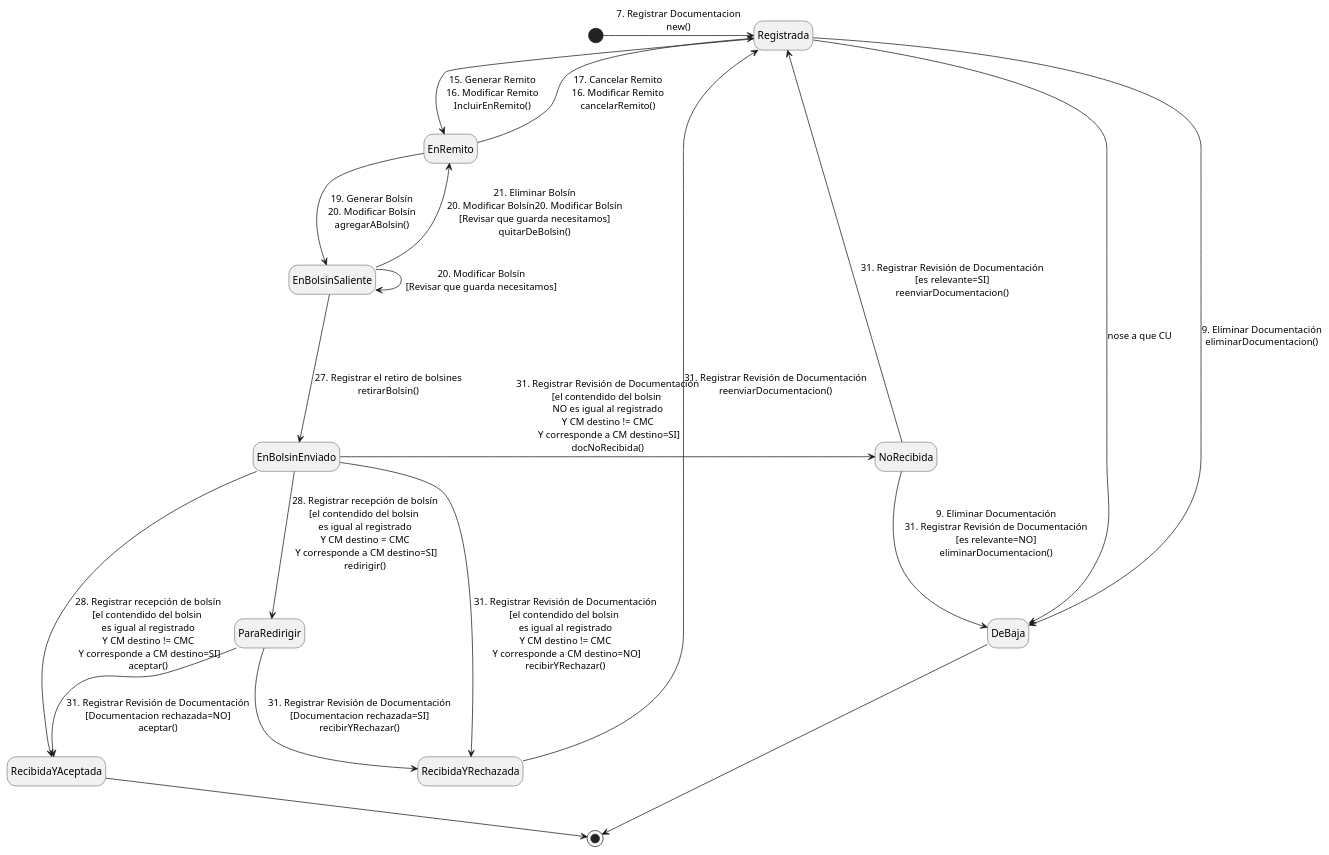
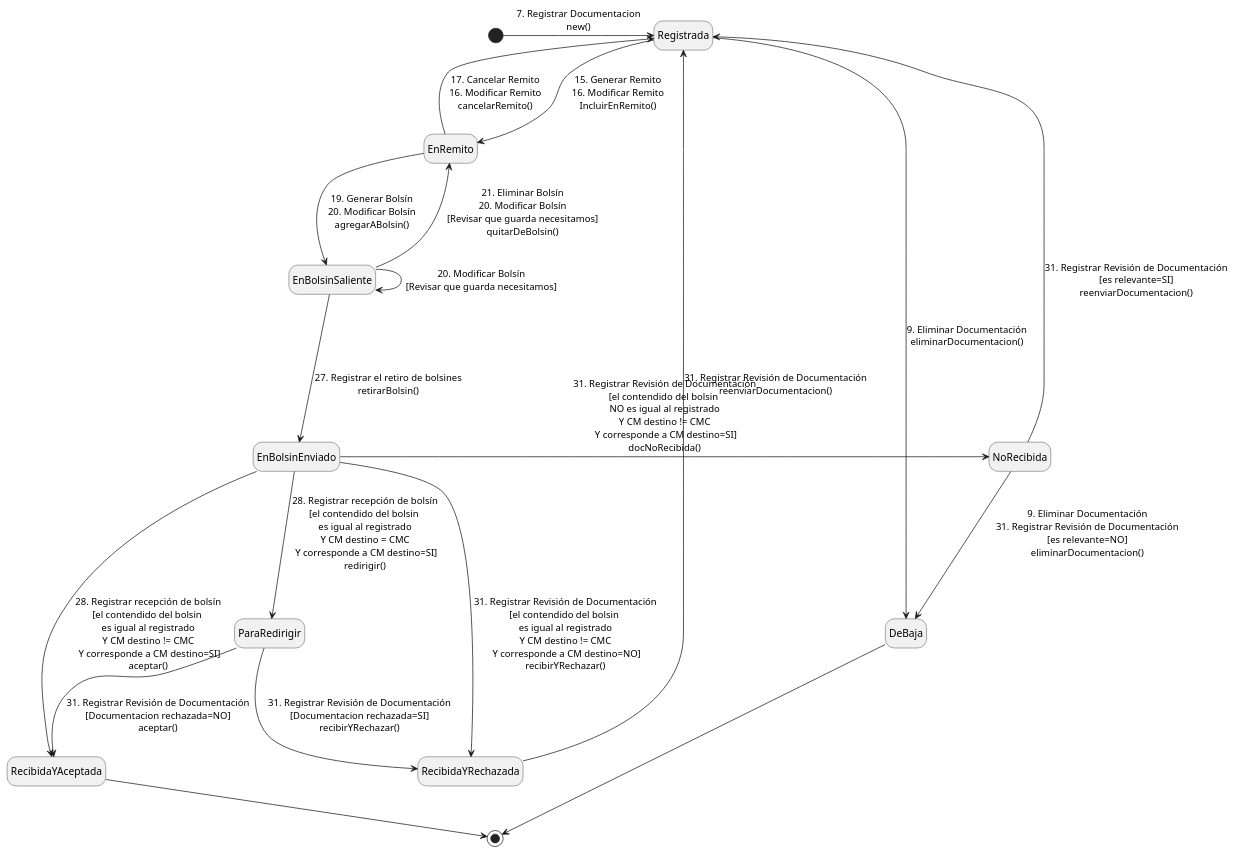
Before and after one commit to JuanjoCasas/PPAI-Bolsin: the diagram in doc/CU28_RegistrarRecepcionDeBolsin/Analisis/ME_Documentacion.puml, drawn with PlantUML.

Commit message:
fix: ME Documentacion - quitar transicion duplicada a DeBaja y label repetido

```diff
--- a/doc/CU28_RegistrarRecepcionDeBolsin/Analisis/ME_Documentacion.puml
+++ b/doc/CU28_RegistrarRecepcionDeBolsin/Analisis/ME_Documentacion.puml
@@ -1,32 +1,31 @@
 @startuml "Maquina de estados de Documentación"
 hide empty description
 
 [*] -> Registrada : 7. Registrar Documentacion\nnew()
 
 Registrada --> EnRemito : 15. Generar Remito\n16. Modificar Remito\nIncluirEnRemito()
-Registrada --> DeBaja : nose a que CU
 
 Registrada --> DeBaja : 9. Eliminar Documentación\neliminarDocumentacion()
 
 EnRemito -> Registrada : 17. Cancelar Remito\n16. Modificar Remito\ncancelarRemito()
 
 EnRemito --> EnBolsinSaliente : 19. Generar Bolsín\n20. Modificar Bolsín\nagregarABolsin()
 
 EnBolsinSaliente -> EnBolsinSaliente : 20. Modificar Bolsín\n[Revisar que guarda necesitamos]
-EnBolsinSaliente -> EnRemito : 21. Eliminar Bolsín\n20. Modificar Bolsín20. Modificar Bolsín\n[Revisar que guarda necesitamos]\nquitarDeBolsin()
+EnBolsinSaliente -> EnRemito : 21. Eliminar Bolsín\n20. Modificar Bolsín\n[Revisar que guarda necesitamos]\nquitarDeBolsin()
 
 EnBolsinSaliente ---> EnBolsinEnviado : 27. Registrar el retiro de bolsines\nretirarBolsin()
 
 EnBolsinEnviado --> RecibidaYAceptada: 28. Registrar recepción de bolsín\n[el contendido del bolsin \nes igual al registrado\nY CM destino != CMC\n Y corresponde a CM destino=SI]\naceptar()
 EnBolsinEnviado -> NoRecibida: 31. Registrar Revisión de Documentación\n[el contendido del bolsin \nNO es igual al registrado\nY CM destino != CMC\n Y corresponde a CM destino=SI]\ndocNoRecibida()
 NoRecibida -> Registrada: 31. Registrar Revisión de Documentación\n[es relevante=SI]\nreenviarDocumentacion()
 NoRecibida --> DeBaja: 9. Eliminar Documentación\n31. Registrar Revisión de Documentación\n[es relevante=NO]\neliminarDocumentacion()
 EnBolsinEnviado -> RecibidaYRechazada: 31. Registrar Revisión de Documentación\n[el contendido del bolsin \nes igual al registrado\nY CM destino != CMC\n Y corresponde a CM destino=NO]\nrecibirYRechazar()
 RecibidaYRechazada -> Registrada: 31. Registrar Revisión de Documentación\nreenviarDocumentacion()
 EnBolsinEnviado --> ParaRedirigir: 28. Registrar recepción de bolsín\n[el contendido del bolsin \nes igual al registrado\nY CM destino = CMC\n Y corresponde a CM destino=SI]\nredirigir()
 ParaRedirigir --> RecibidaYAceptada: 31. Registrar Revisión de Documentación\n[Documentacion rechazada=NO]\naceptar()
 ParaRedirigir --> RecibidaYRechazada: 31. Registrar Revisión de Documentación\n[Documentacion rechazada=SI]\nrecibirYRechazar()
 RecibidaYAceptada --> [*]
 DeBaja --> [*]
 
 @enduml
```
